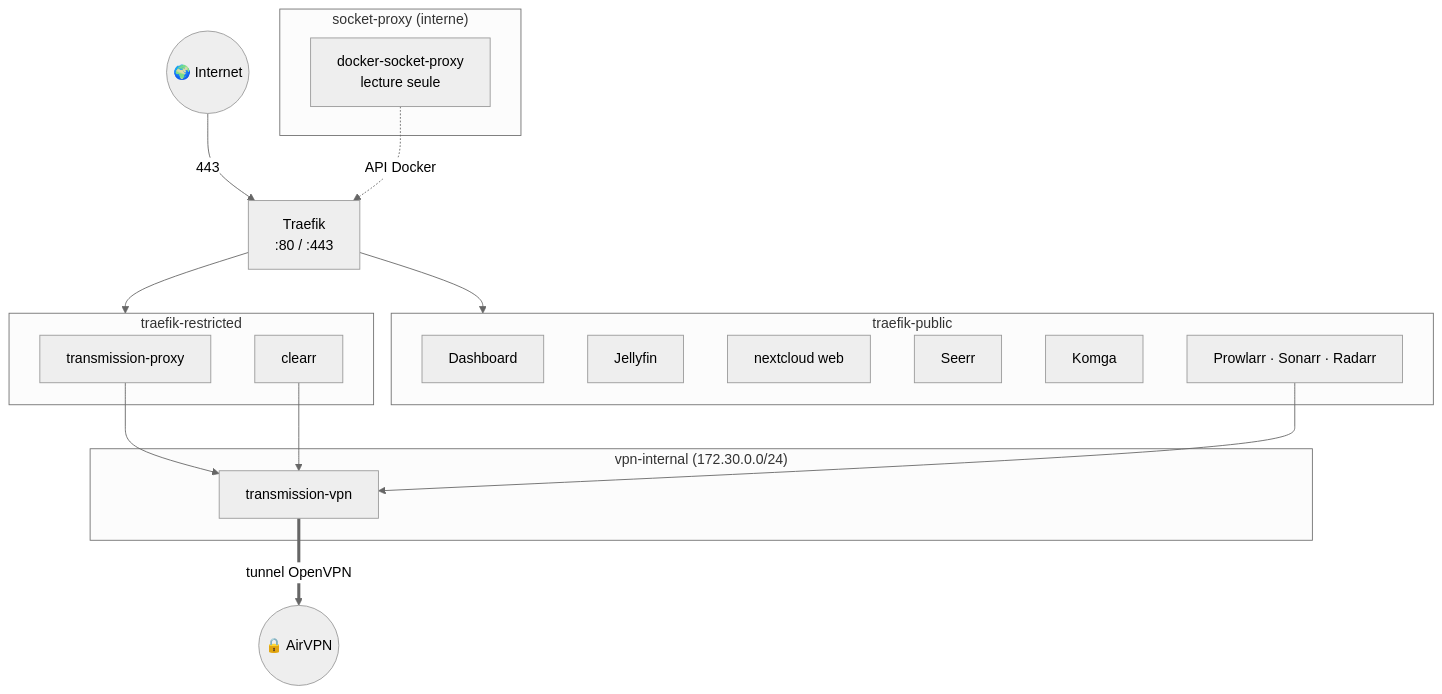
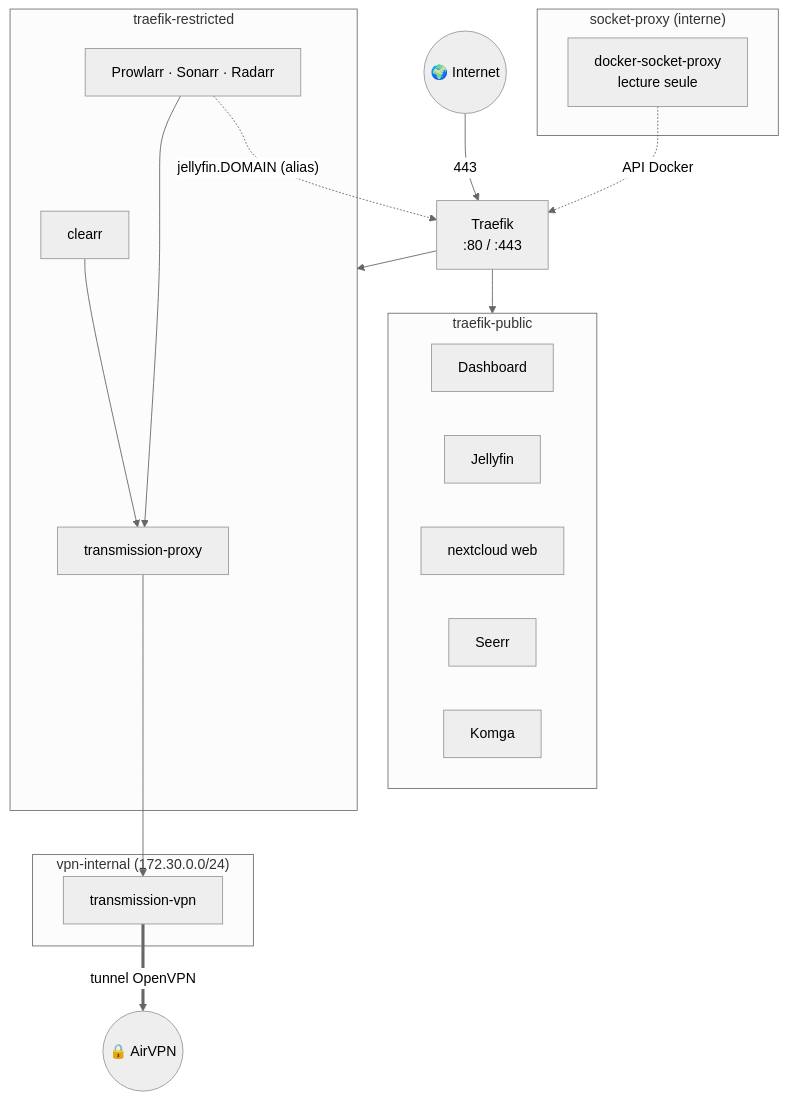
Before and after one commit to nattyebola/home-server-services: the second of 2 diagrams in docs/architecture.md, drawn with Mermaid (neutral theme). The commit also changed other lines of this file and 20 other files, not shown here.

````diff
--- a/docs/architecture.md
+++ b/docs/architecture.md
@@ -44,32 +44,33 @@
 ```mermaid
 flowchart TB
     Internet(("🌍 Internet")) -->|"443"| Traefik["Traefik<br>:80 / :443"]
 
     subgraph sp["socket-proxy (interne)"]
         SocketProxy["docker-socket-proxy<br>lecture seule"]
     end
     SocketProxy -.->|"API Docker"| Traefik
 
     subgraph pub["traefik-public"]
         Dashboard
         Jellyfin
         NcWeb["nextcloud web"]
         Seerr
         Komga
-        Arr["Prowlarr · Sonarr · Radarr"]
     end
 
     subgraph restr["traefik-restricted"]
         TProxy["transmission-proxy"]
         Clearr["clearr"]
+        Arr["Prowlarr · Sonarr · Radarr"]
     end
 
     subgraph vpnnet["vpn-internal (172.30.0.0/24)"]
         TVPN["transmission-vpn"]
     end
 
     Traefik --> pub
     Traefik --> restr
-    TProxy & Clearr & Arr --> TVPN
+    Clearr & Arr --> TProxy --> TVPN
+    Arr -.->|"jellyfin.DOMAIN (alias)"| Traefik
     TVPN ==>|"tunnel OpenVPN"| VPN(("🔒 AirVPN"))
 ```
````
